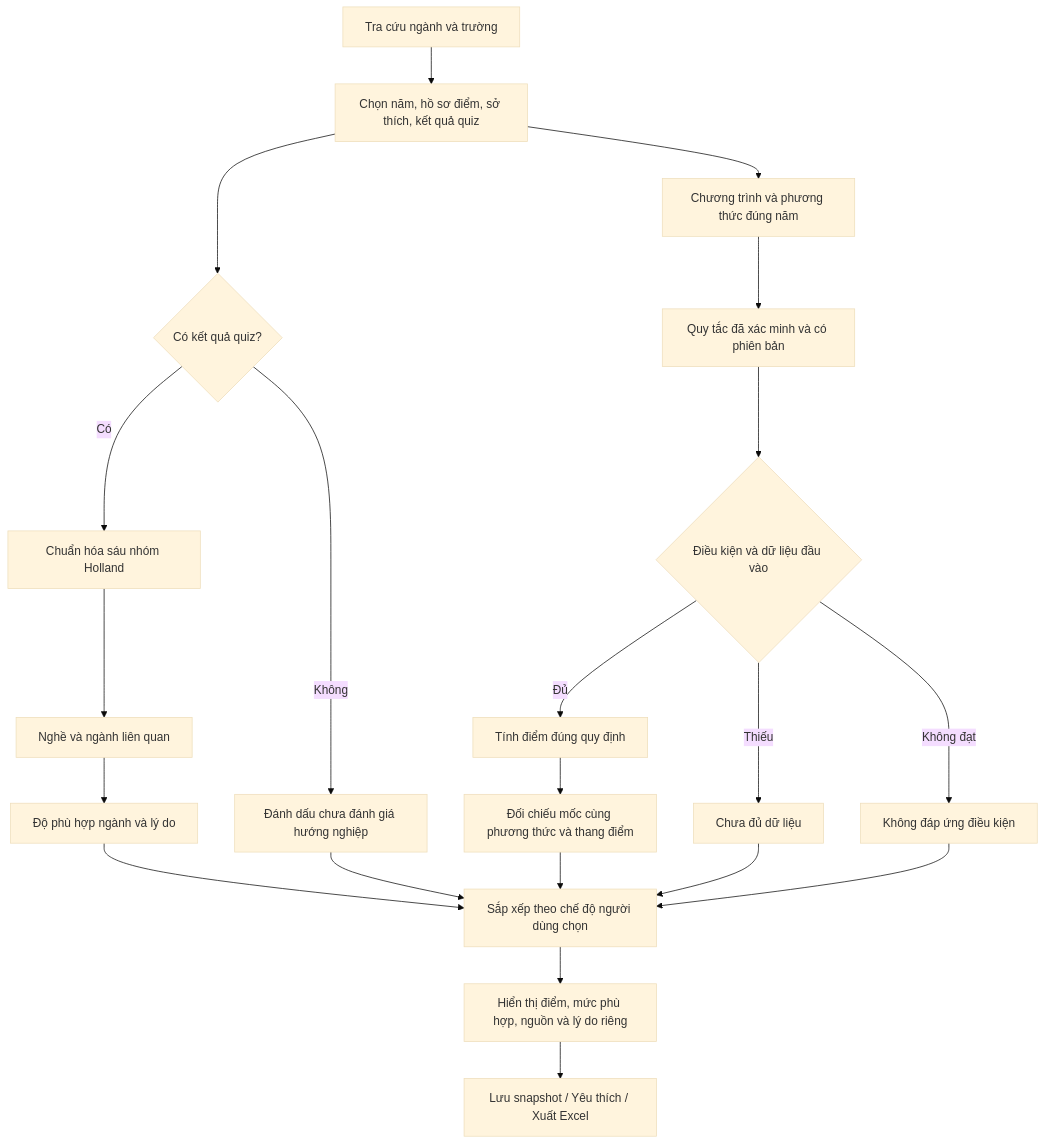
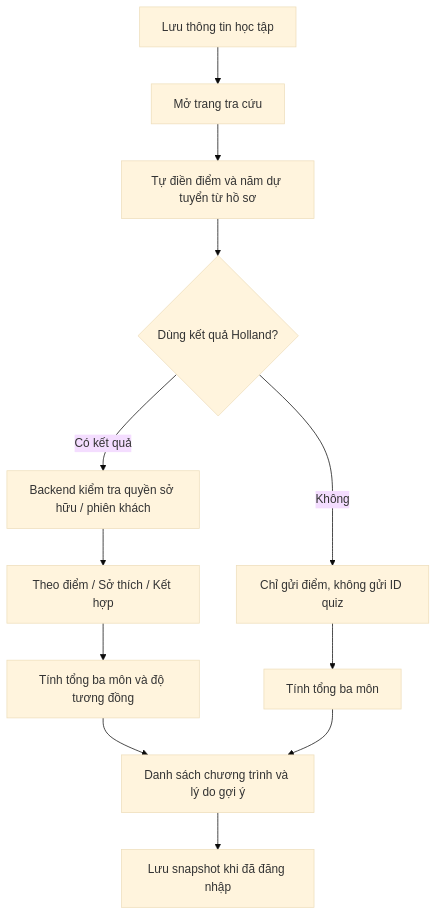
The sixth of 7 diagrams in README.md (HaiDo2409/webhuongnghiep), drawn with Mermaid (base theme) before and after one commit. The commit also changed other lines of this file and 1 other file, not shown here.

````diff
--- a/README.md
+++ b/README.md
@@ -909,23 +475,14 @@
 ```mermaid
 flowchart TD
-    Start[Tra cứu ngành và trường] --> Inputs[Chọn năm, hồ sơ điểm, sở thích, kết quả quiz]
-    Inputs --> Quiz{Có kết quả quiz?}
-    Quiz -->|Có| Interest[Chuẩn hóa sáu nhóm Holland]
-    Quiz -->|Không| Neutral[Đánh dấu chưa đánh giá hướng nghiệp]
-    Interest --> Career[Nghề và ngành liên quan]
-    Career --> Match[Độ phù hợp ngành và lý do]
-    Inputs --> Offers[Chương trình và phương thức đúng năm]
-    Offers --> Rules[Quy tắc đã xác minh và có phiên bản]
-    Rules --> Eligibility{Điều kiện và dữ liệu đầu vào}
-    Eligibility -->|Đủ| Calculate[Tính điểm đúng quy định]
-    Eligibility -->|Thiếu| Unknown[Chưa đủ dữ liệu]
-    Eligibility -->|Không đạt| Ineligible[Không đáp ứng điều kiện]
-    Calculate --> Benchmark[Đối chiếu mốc cùng phương thức và thang điểm]
-    Match --> Rank[Sắp xếp theo chế độ người dùng chọn]
-    Neutral --> Rank
-    Benchmark --> Rank
-    Unknown --> Rank
-    Ineligible --> Rank
-    Rank --> Explain[Hiển thị điểm, mức phù hợp, nguồn và lý do riêng]
-    Explain --> Save[Lưu snapshot / Yêu thích / Xuất Excel]
+    Profile[Lưu thông tin học tập] --> Open[Mở trang tra cứu]
+    Open --> Scores[Tự điền điểm và năm dự tuyển từ hồ sơ]
+    Scores --> Opt{Dùng kết quả Holland?}
+    Opt -->|Không| Points[Chỉ gửi điểm, không gửi ID quiz]
+    Opt -->|Có kết quả| Owned[Backend kiểm tra quyền sở hữu / phiên khách]
+    Owned --> Mode[Theo điểm / Sở thích / Kết hợp]
+    Mode --> Calc[Tính tổng ba môn và độ tương đồng]
+    Points --> Raw[Tính tổng ba môn]
+    Calc --> Result[Danh sách chương trình và lý do gợi ý]
+    Raw --> Result
+    Result --> Snapshot[Lưu snapshot khi đã đăng nhập]
 ```
````
